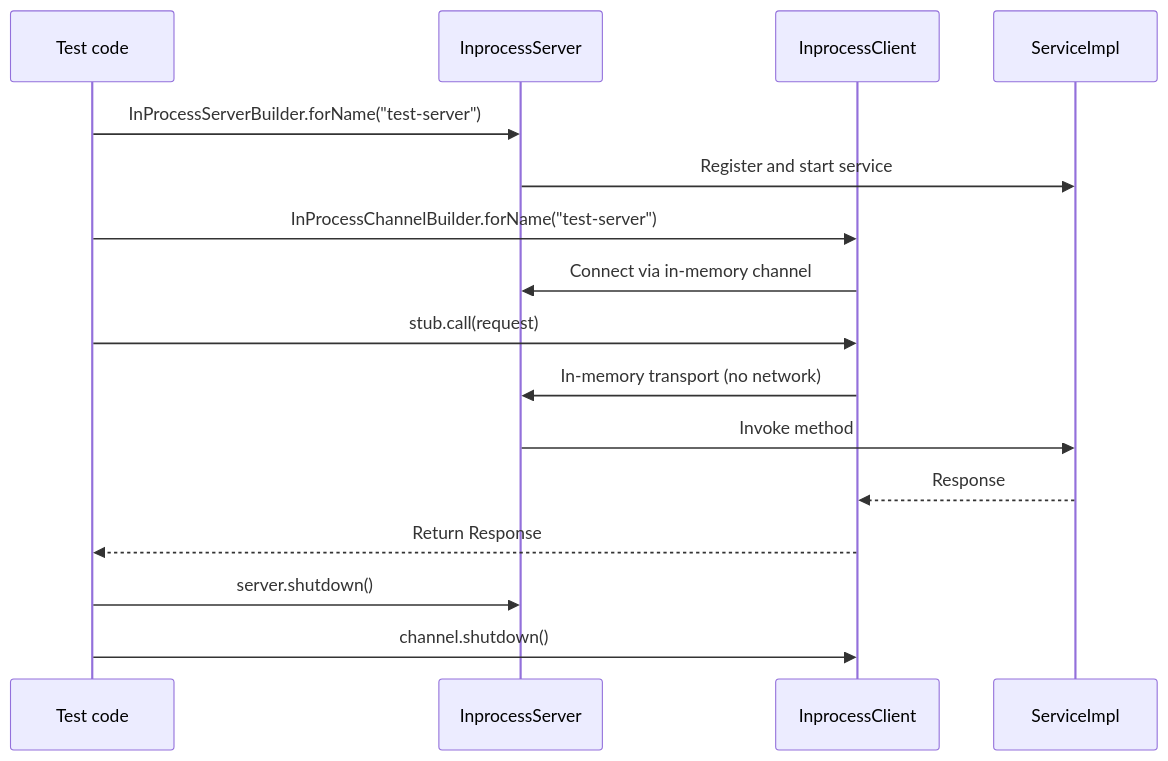
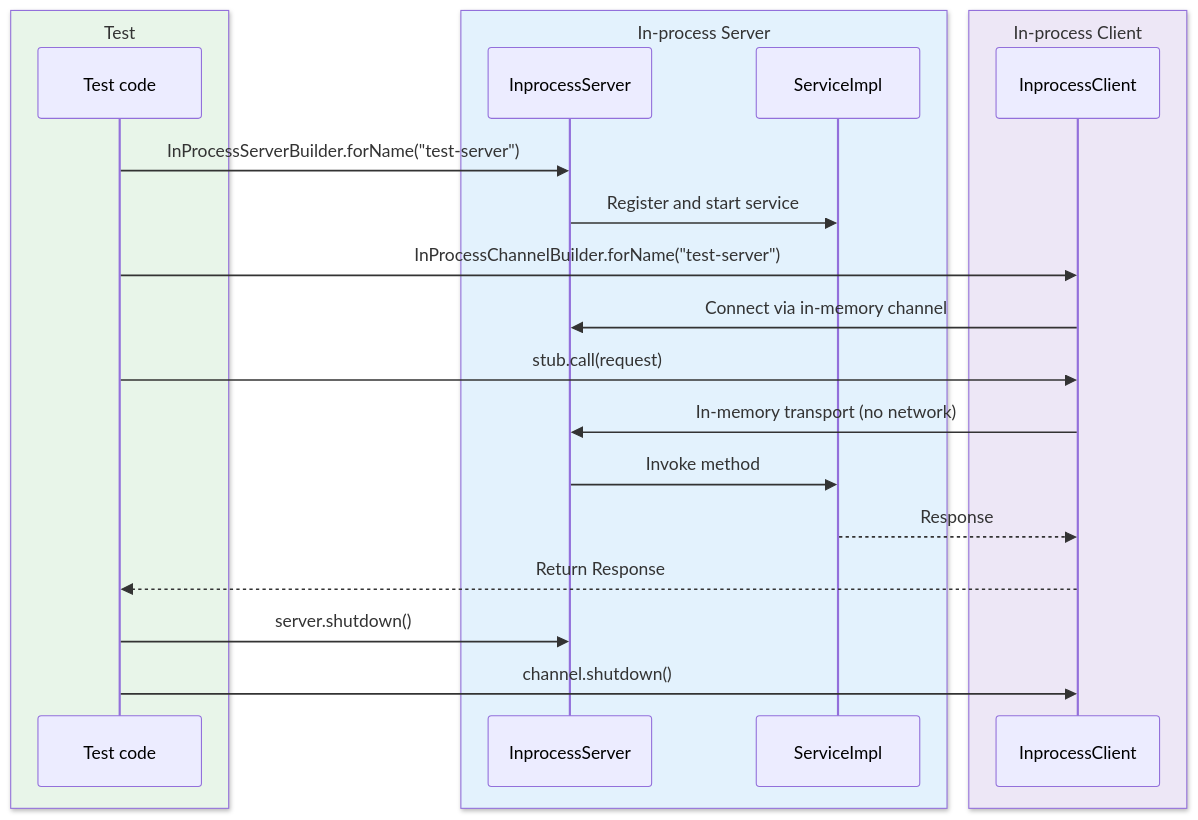
One commit to bluetape4k/bluetape4k-projects changed the fourth of 4 diagrams in io/grpc/README.md. Above: the diagram before and after it, drawn with Mermaid. The commit also changed other lines of this file and 221 other files, not shown here.

First line of the commit message:
docs: 전체 모듈 README UML 다이어그램 보강 및 색상 업그레이드

````diff
--- a/io/grpc/README.md
+++ b/io/grpc/README.md
@@ -117,21 +137,27 @@
 ```mermaid
 sequenceDiagram
-    participant T as Test code
-    participant IS as InprocessServer
-    participant IC as InprocessClient
-    participant SVC as ServiceImpl
+    box rgb(232, 245, 233) Test
+        participant T as Test code
+    end
+    box rgb(227, 242, 253) In-process Server
+        participant IS as InprocessServer
+        participant SVC as ServiceImpl
+    end
+    box rgb(237, 231, 246) In-process Client
+        participant IC as InprocessClient
+    end
 
     T->>IS: InProcessServerBuilder.forName("test-server")
     IS->>SVC: Register and start service
     T->>IC: InProcessChannelBuilder.forName("test-server")
     IC->>IS: Connect via in-memory channel
 
     T->>IC: stub.call(request)
     IC->>IS: In-memory transport (no network)
     IS->>SVC: Invoke method
     SVC-->>IC: Response
     IC-->>T: Return Response
 
     T->>IS: server.shutdown()
     T->>IC: channel.shutdown()
 ```
````
